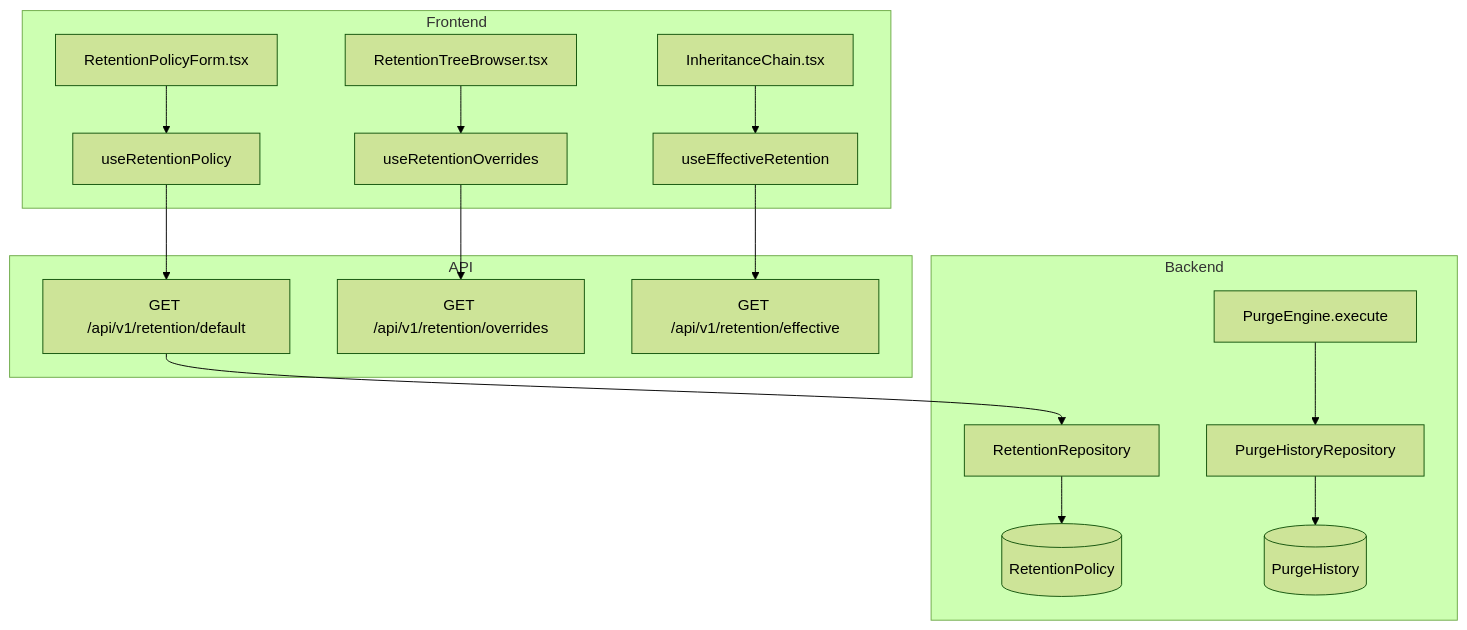
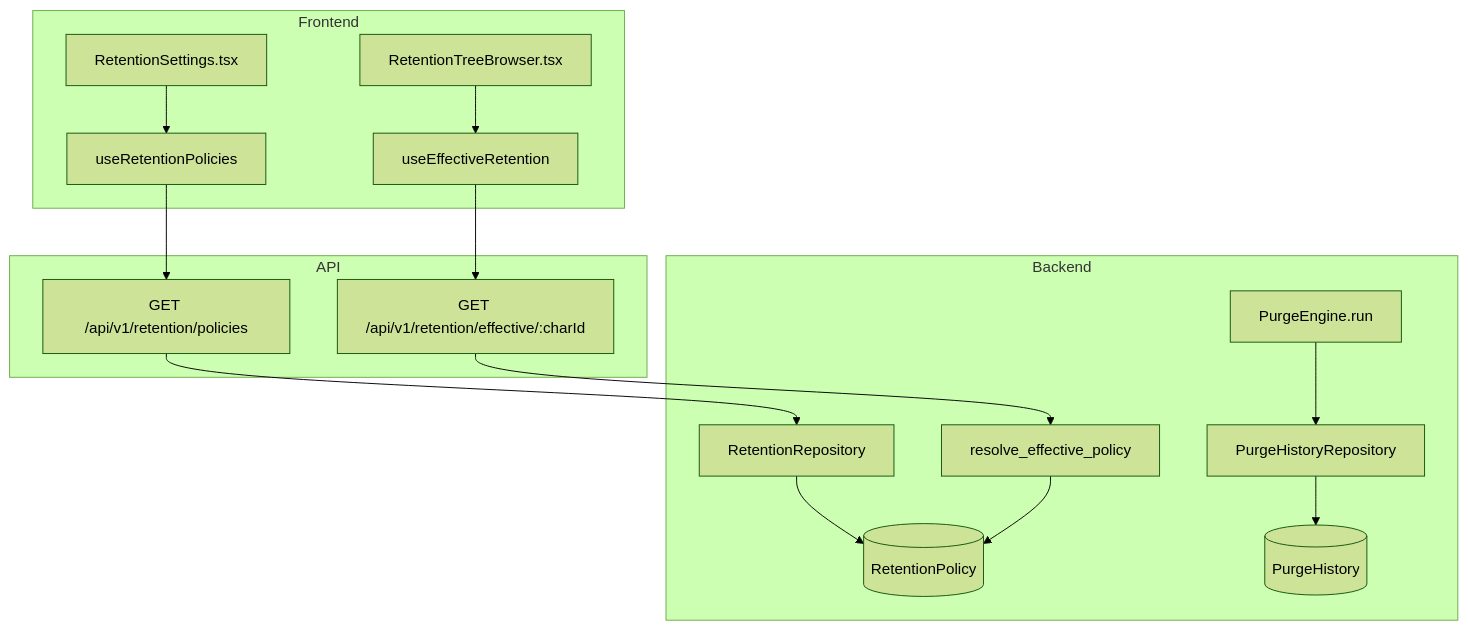
Before and after one commit to saturnis-io/cassini: the first of 2 diagrams in .knowledge/features/retention.md, drawn with Mermaid (forest theme). The commit also changed other lines of this file and 15 other files, not shown here.

Commit message:
knowledge-graph: regenerate

````diff
--- a/.knowledge/features/retention.md
+++ b/.knowledge/features/retention.md
@@ -5,19 +5,19 @@
 ```mermaid
 flowchart TD
     subgraph Frontend
-        C1[RetentionPolicyForm.tsx] --> H1[useRetentionPolicy]
-        C2[RetentionTreeBrowser.tsx] --> H2[useRetentionOverrides]
-        C3[InheritanceChain.tsx] --> H3[useEffectiveRetention]
+        C1[RetentionSettings.tsx] --> H1[useRetentionPolicies]
+        C2[RetentionTreeBrowser.tsx] --> H2[useEffectiveRetention]
     end
     subgraph API
-        H1 --> E1[GET /api/v1/retention/default]
-        H2 --> E2[GET /api/v1/retention/overrides]
-        H3 --> E3[GET /api/v1/retention/effective]
+        H1 --> E1[GET /api/v1/retention/policies]
+        H2 --> E2[GET /api/v1/retention/effective/:charId]
     end
     subgraph Backend
         E1 --> R1[RetentionRepository]
         R1 --> M1[(RetentionPolicy)]
-        S1[PurgeEngine.execute] --> R2[PurgeHistoryRepository]
+        E2 --> S1[resolve_effective_policy]
+        S1 --> M1
+        S2[PurgeEngine.run] --> R2[PurgeHistoryRepository]
         R2 --> M2[(PurgeHistory)]
     end
 ```
````
